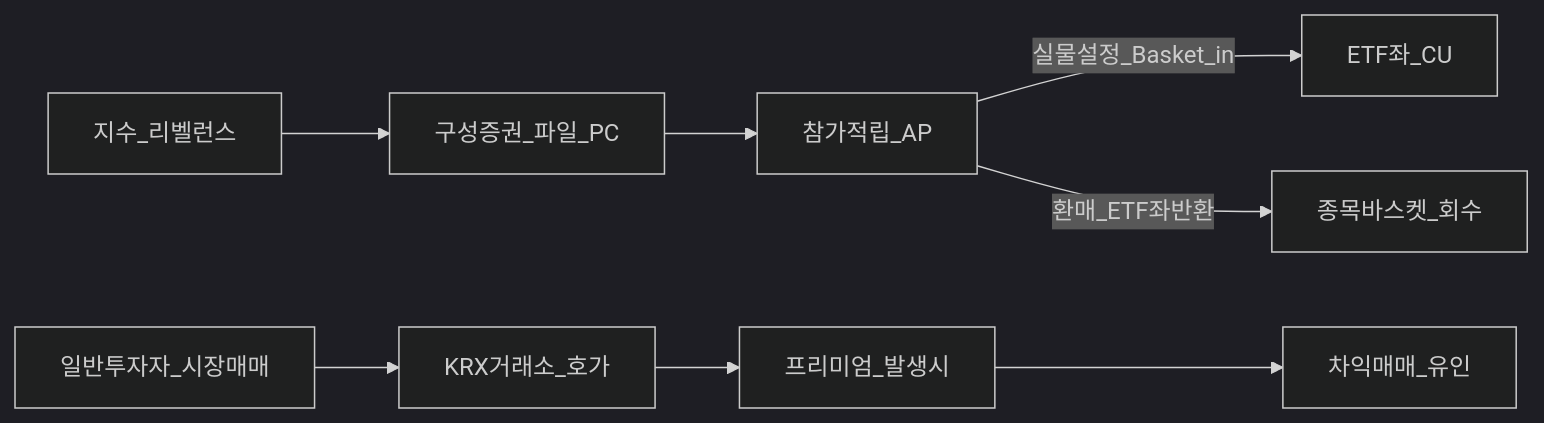
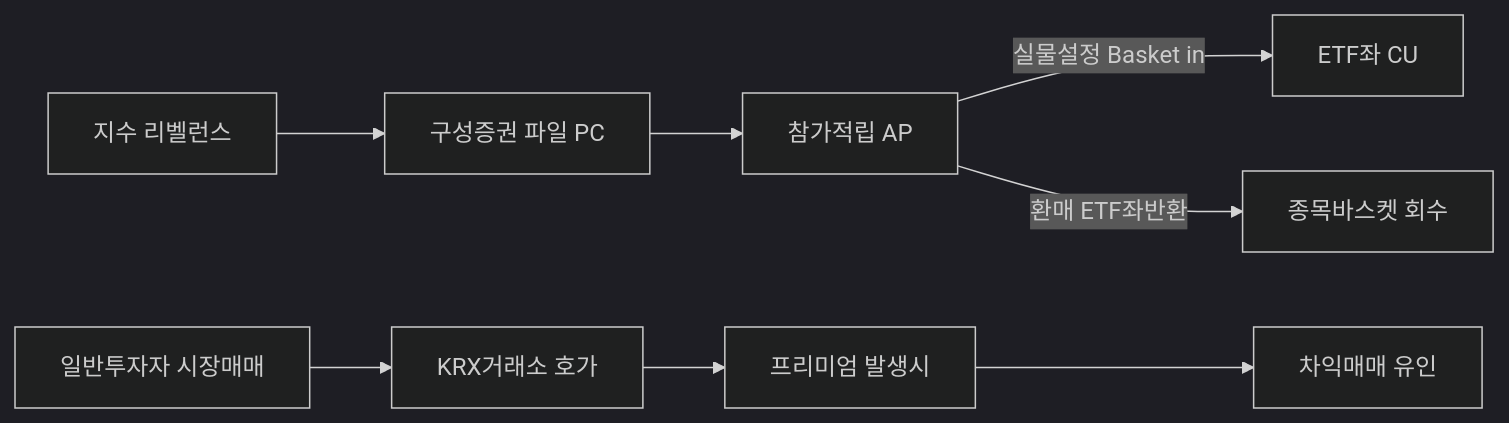
The first of 3 diagrams in 03-markets/etf-index-funds-deep.md (goldanghenry/Finances), drawn with Mermaid (dark theme) before and after one commit. The commit also changed other lines of this file and 211 other files, not shown here.

````diff
--- a/03-markets/etf-index-funds-deep.md
+++ b/03-markets/etf-index-funds-deep.md
@@ -132,10 +137,10 @@
 ```mermaid
 flowchart LR
-  Idx[지수_리벨런스] --> PCF[구성증권_파일_PC]
-  PCF --> AP[참가적립_AP]
-  AP -->|실물설정_Basket_in| ETF[ETF좌_CU]
-  AP -->|환매_ETF좌반환| BasketOut[종목바스켓_회수]
-  Inv[일반투자자_시장매매] --> Mkt[KRX거래소_호가]
-  Mkt --> Dev[프리미엄_발생시]
-  Dev --> Arb[차익매매_유인]
+  Idx["지수 리벨런스"] --> PCF["구성증권 파일 PC"]
+  PCF --> AP["참가적립 AP"]
+  AP -->|"실물설정 Basket in"| ETF["ETF좌 CU"]
+  AP -->|"환매 ETF좌반환"| BasketOut["종목바스켓 회수"]
+  Inv["일반투자자 시장매매"] --> Mkt["KRX거래소 호가"]
+  Mkt --> Dev["프리미엄 발생시"]
+  Dev --> Arb["차익매매 유인"]
 ```
````
